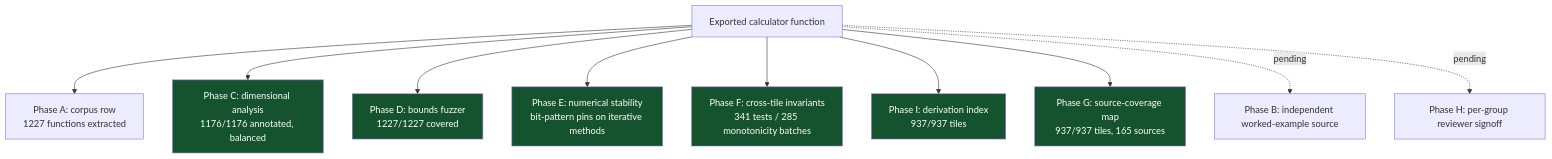
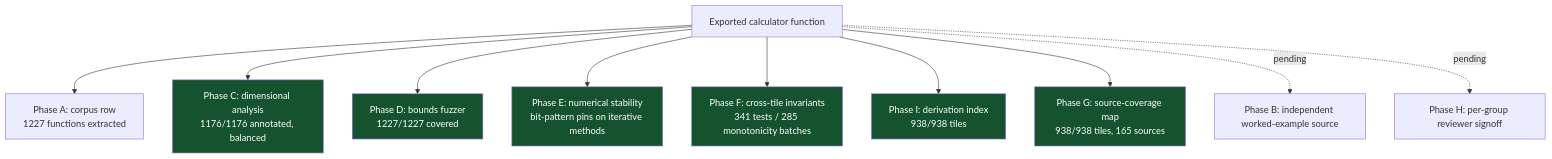
Before and after one commit to clay-good/roughlogic.com: the sixth of 8 diagrams in README.md, drawn with Mermaid. The commit also changed other lines of this file and 17 other files, not shown here.

````diff
--- a/README.md
+++ b/README.md
@@ -519,18 +519,18 @@
 ```mermaid
 flowchart TB
     F[Exported calculator function] --> A[Phase A: corpus row\n1227 functions extracted]
     F --> C[Phase C: dimensional analysis\n1176/1176 annotated, balanced]
     F --> D[Phase D: bounds fuzzer\n1227/1227 covered]
     F --> E[Phase E: numerical stability\nbit-pattern pins on iterative methods]
     F --> Fa[Phase F: cross-tile invariants\n341 tests / 285 monotonicity batches]
-    F --> I[Phase I: derivation index\n937/937 tiles]
-    F --> G[Phase G: source-coverage map\n937/937 tiles, 165 sources]
+    F --> I[Phase I: derivation index\n938/938 tiles]
+    F --> G[Phase G: source-coverage map\n938/938 tiles, 165 sources]
     F -.pending.-> B[Phase B: independent worked-example source]
     F -.pending.-> H[Phase H: per-group reviewer signoff]
     style C fill:#14532d,color:#fff
     style D fill:#14532d,color:#fff
     style E fill:#14532d,color:#fff
     style Fa fill:#14532d,color:#fff
     style G fill:#14532d,color:#fff
     style I fill:#14532d,color:#fff
 ```
````
